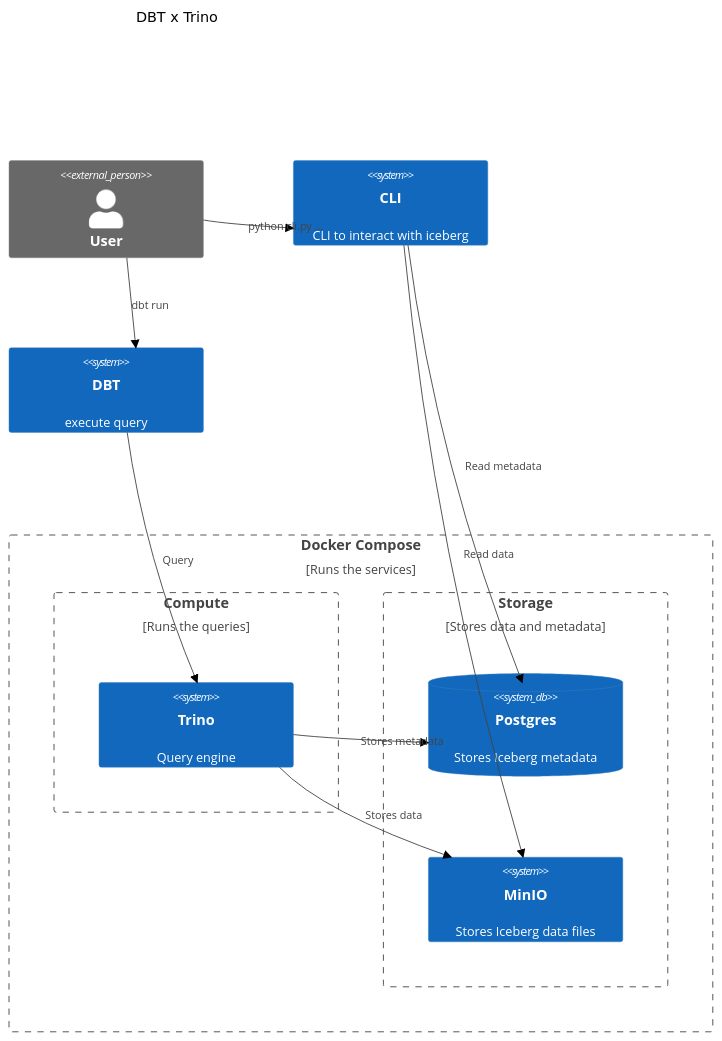
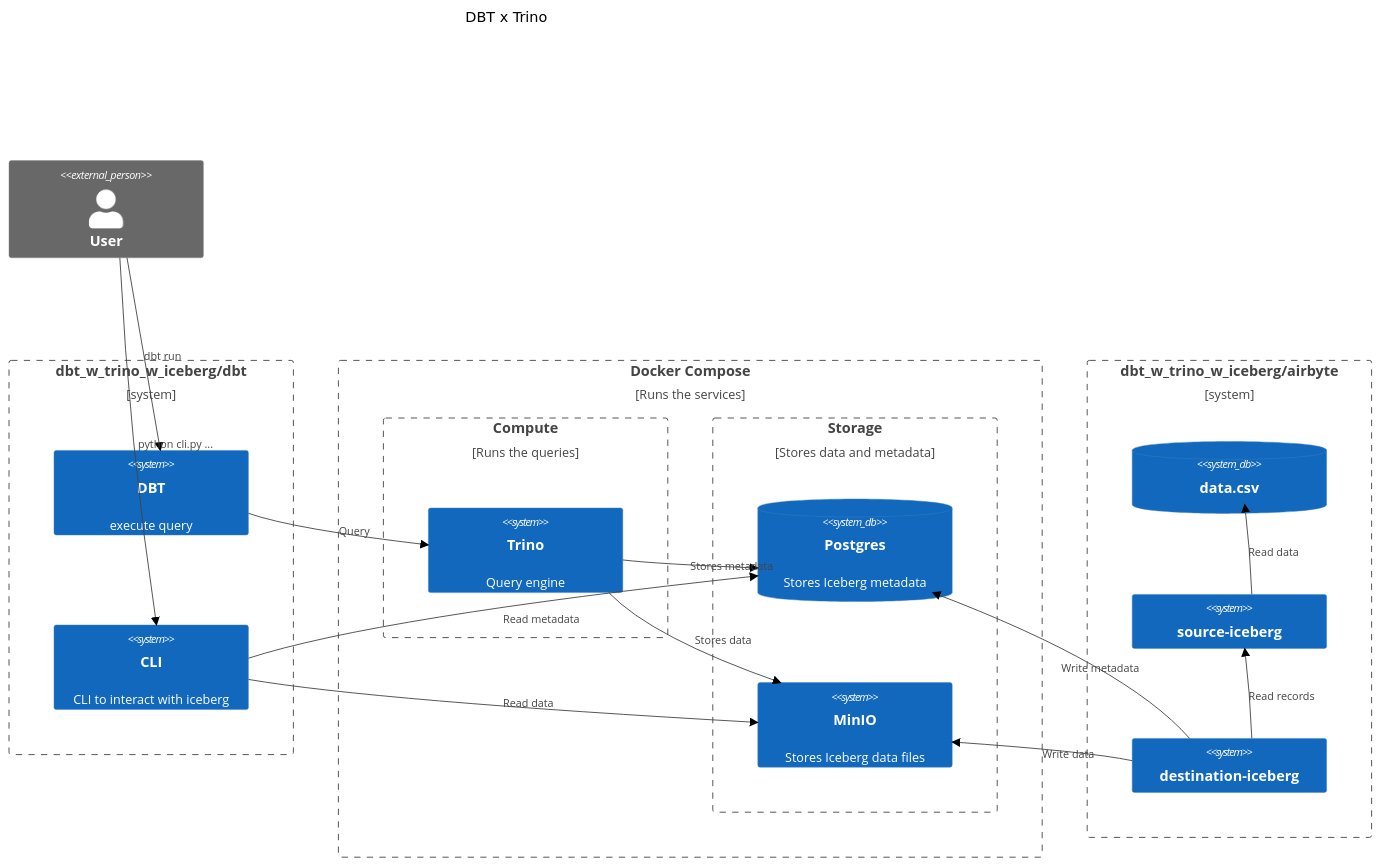
The diagram in README.md (solimy/dbt_w_trino_w_iceberg), drawn with Mermaid (neutral theme) before and after one commit. The commit also changed other lines of this file and 10 other files, not shown here.

````diff
--- a/README.md
+++ b/README.md
@@ -38,31 +53,47 @@
 ```mermaid
 C4Context
     title DBT x Trino
 
     Person_Ext(user, "User")
     Rel(user, dbt, "dbt run")
     Rel(user, cli, "python cli.py ...")
+
+    Boundary(dbt_dir, "dbt_w_trino_w_iceberg/dbt") {
+        System(dbt, "DBT", "Runs the queries")
+        System(cli, "CLI", "CLI to interact with iceberg")
+        Rel(cli, minio, "Read data")
+        Rel(cli, postgres, "Read metadata")
+
+        System(dbt, "DBT", "execute query")
+        Rel(dbt, trino, "Query")
+    }
+
 
     Boundary(dockercompose, "Docker Compose", "Runs the services") {
         Boundary(compute, "Compute", "Runs the queries") {
             System(trino, "Trino", "Query engine")
         }
 
         Boundary(storage, "Storage", "Stores data and metadata") {
             SystemDb(postgres, "Postgres", "Stores Iceberg metadata")
             System(minio, "MinIO", "Stores Iceberg data files")
         }
 
         Rel(trino, postgres, "Stores metadata")
         Rel(trino, minio, "Stores data")
     }
 
-    System(cli, "CLI", "CLI to interact with iceberg")
-    Rel(cli, minio, "Read data")
-    Rel(cli, postgres, "Read metadata")
+    Boundary(airbyte_dir, "dbt_w_trino_w_iceberg/airbyte") {
+        SystemDb(airbyte_data, "data.csv")
+        System(airbyte_src, "source-iceberg")
+        System(airbyte_dest, "destination-iceberg")
 
-    System(dbt, "DBT", "execute query")
-    Rel(dbt, trino, "Query")
+        Rel(airbyte_src, airbyte_data, "Read data")
+        Rel(airbyte_dest, airbyte_src, "Read records")
+        Rel(airbyte_dest, postgres, "Write metadata")
+        Rel(airbyte_dest, minio, "Write data")
+    }
 
-    UpdateLayoutConfig($c4ShapeInRow="2", $c4BoundaryInRow="2")
+
+    UpdateLayoutConfig($c4ShapeInRow="1", $c4BoundaryInRow="3", $c4BoundaryInRow="2")
 ```
````
